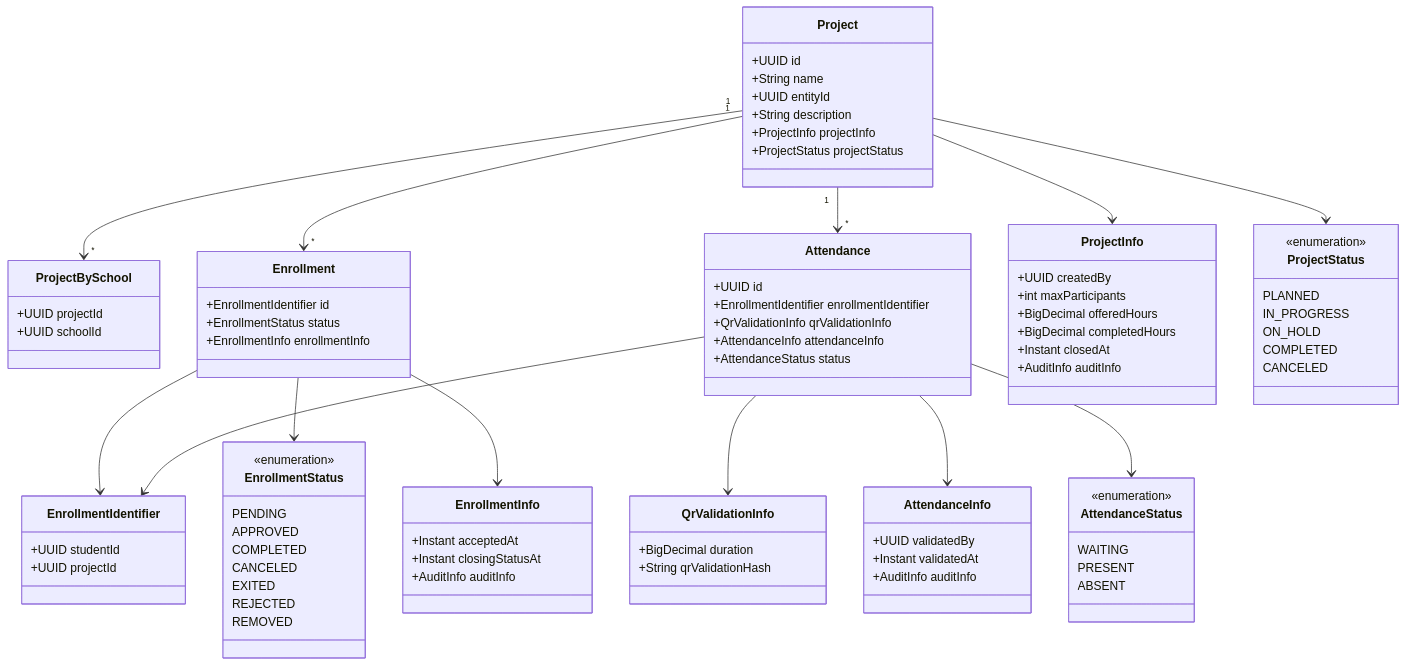
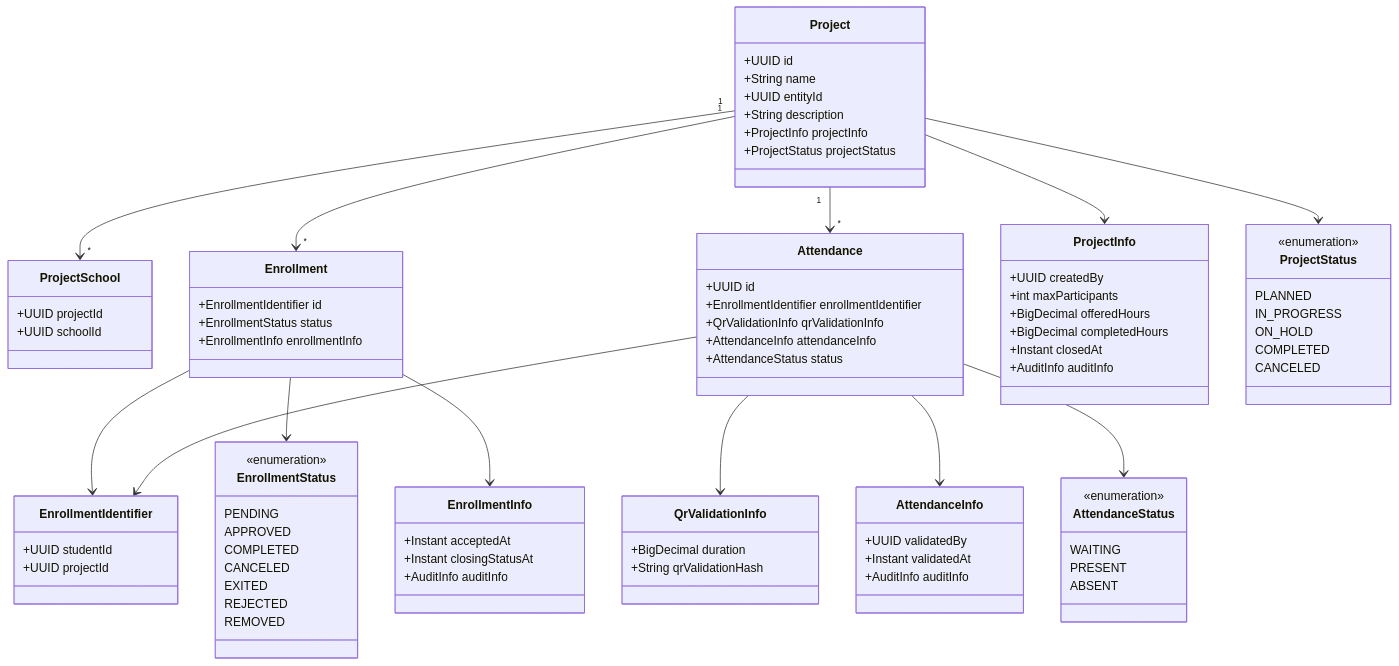
The first of 9 diagrams in pug-service/m-project/README.md (Plataforma-Universidade-Gratuita/pug-docs), drawn with Mermaid before and after one commit. The commit also changed other lines of this file and 6 other files, not shown here.

```diff
--- a/pug-service/m-project/README.md
+++ b/pug-service/m-project/README.md
@@ -17,7 +17,7 @@
         +ProjectStatus projectStatus
     }
 
-    class ProjectBySchool {
+    class ProjectSchool {
         +UUID projectId
         +UUID schoolId
     }
@@ -96,7 +96,7 @@
 
     Project --> ProjectInfo
     Project --> ProjectStatus
-    Project "1" --> "*" ProjectBySchool
+    Project "1" --> "*" ProjectSchool
     Project "1" --> "*" Enrollment
     Project "1" --> "*" Attendance
     Enrollment --> EnrollmentIdentifier
```
